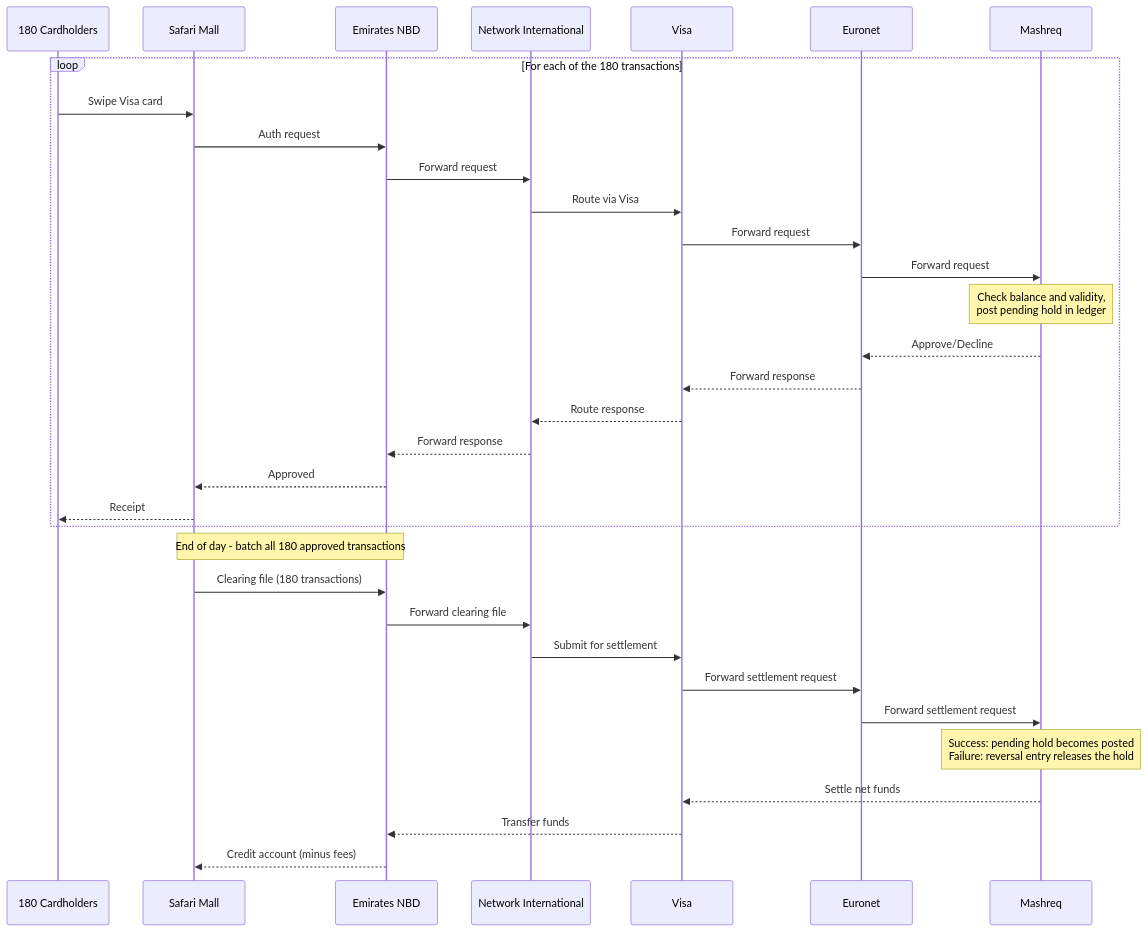
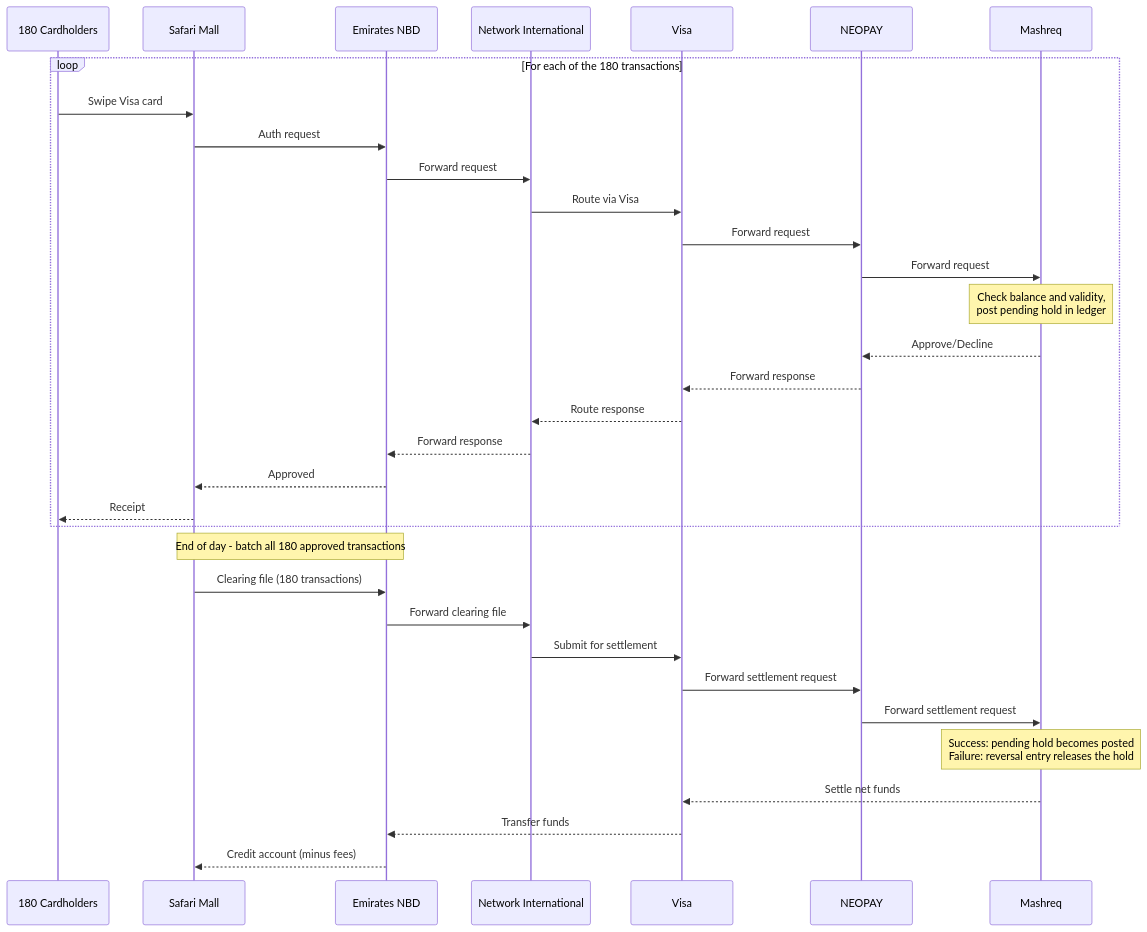
The second of 2 diagrams in articles/system-design/card-payment/card-transaction-flow.md (mamun7025/mamun7025.github.io), drawn with Mermaid before and after one commit. The commit also changed other lines of this file and 1 other file, not shown here.

````diff
--- a/articles/system-design/card-payment/card-transaction-flow.md
+++ b/articles/system-design/card-payment/card-transaction-flow.md
@@ -38,37 +38,37 @@
 ```mermaid
 sequenceDiagram
     participant Cardholders as 180 Cardholders
     participant Merchant as Safari Mall
     participant Acquirer as Emirates NBD
     participant AcqProc as Network International
     participant Network as Visa
-    participant IssProc as Euronet
+    participant IssProc as NEOPAY
     participant Issuer as Mashreq
 
     loop For each of the 180 transactions
         Cardholders->>Merchant: Swipe Visa card
         Merchant->>Acquirer: Auth request
         Acquirer->>AcqProc: Forward request
         AcqProc->>Network: Route via Visa
         Network->>IssProc: Forward request
         IssProc->>Issuer: Forward request
         Note over Issuer: Check balance and validity,<br/>post pending hold in ledger
         Issuer-->>IssProc: Approve/Decline
         IssProc-->>Network: Forward response
         Network-->>AcqProc: Route response
         AcqProc-->>Acquirer: Forward response
         Acquirer-->>Merchant: Approved
         Merchant-->>Cardholders: Receipt
     end
 
     Note over Merchant,Acquirer: End of day - batch all 180 approved transactions
     Merchant->>Acquirer: Clearing file (180 transactions)
     Acquirer->>AcqProc: Forward clearing file
     AcqProc->>Network: Submit for settlement
     Network->>IssProc: Forward settlement request
     IssProc->>Issuer: Forward settlement request
     Note over Issuer: Success: pending hold becomes posted<br/>Failure: reversal entry releases the hold
     Issuer-->>Network: Settle net funds
     Network-->>Acquirer: Transfer funds
     Acquirer-->>Merchant: Credit account (minus fees)
 ```
````
